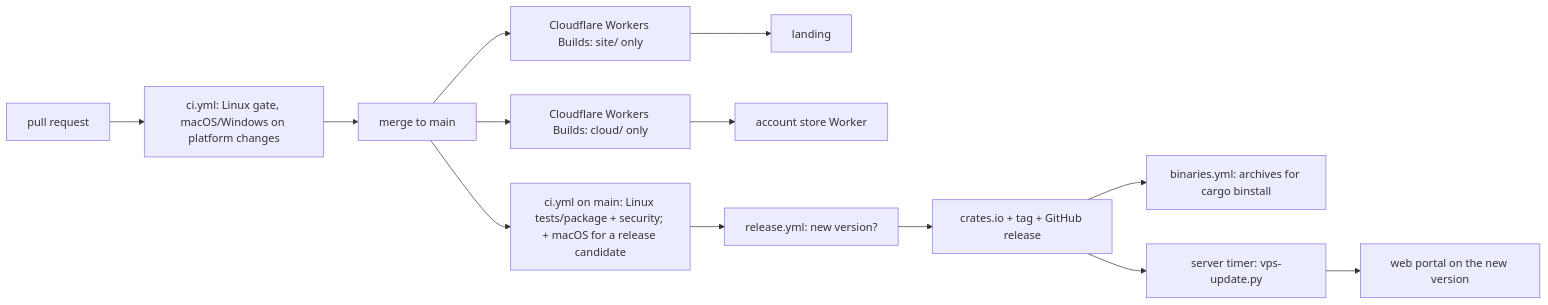
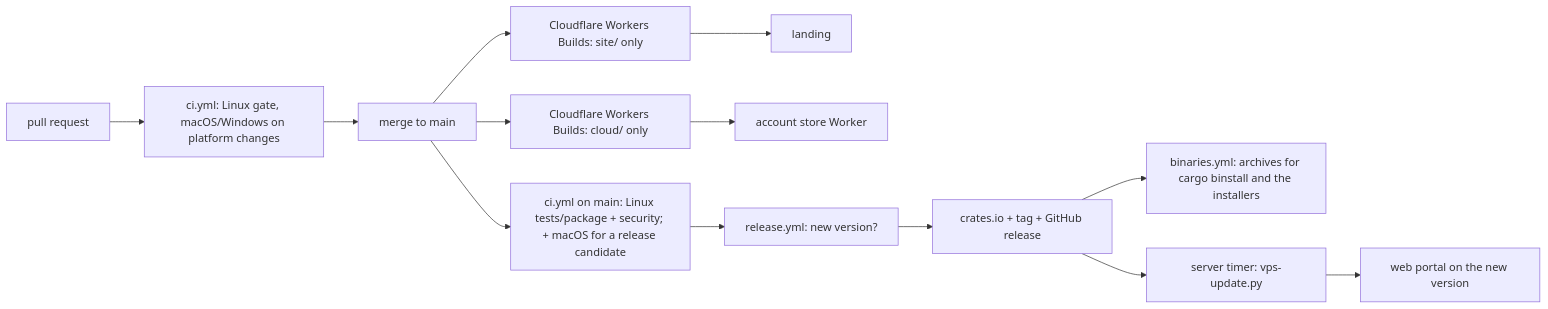
Before and after one commit to elvisbrevi/personal-teams-assistant: the diagram in docs/delivery.md, drawn with Mermaid. The commit also changed other lines of this file and 30 other files, not shown here.

````diff
--- a/docs/delivery.md
+++ b/docs/delivery.md
@@ -5,9 +5,9 @@
 ```mermaid
 flowchart LR
   PR[pull request] --> CI[ci.yml: Linux gate, macOS/Windows on platform changes] --> M[merge to main]
   M --> CF[Cloudflare Workers Builds: site/ only] --> L[landing]
   M --> CW[Cloudflare Workers Builds: cloud/ only] --> W[account store Worker]
   M --> CI2[ci.yml on main: Linux tests/package + security; + macOS for a release candidate] --> R[release.yml: new version?] --> C[crates.io + tag + GitHub release]
-  C --> B[binaries.yml: archives for cargo binstall]
+  C --> B[binaries.yml: archives for cargo binstall and the installers]
   C --> U[server timer: vps-update.py] --> P[web portal on the new version]
 ```
````
